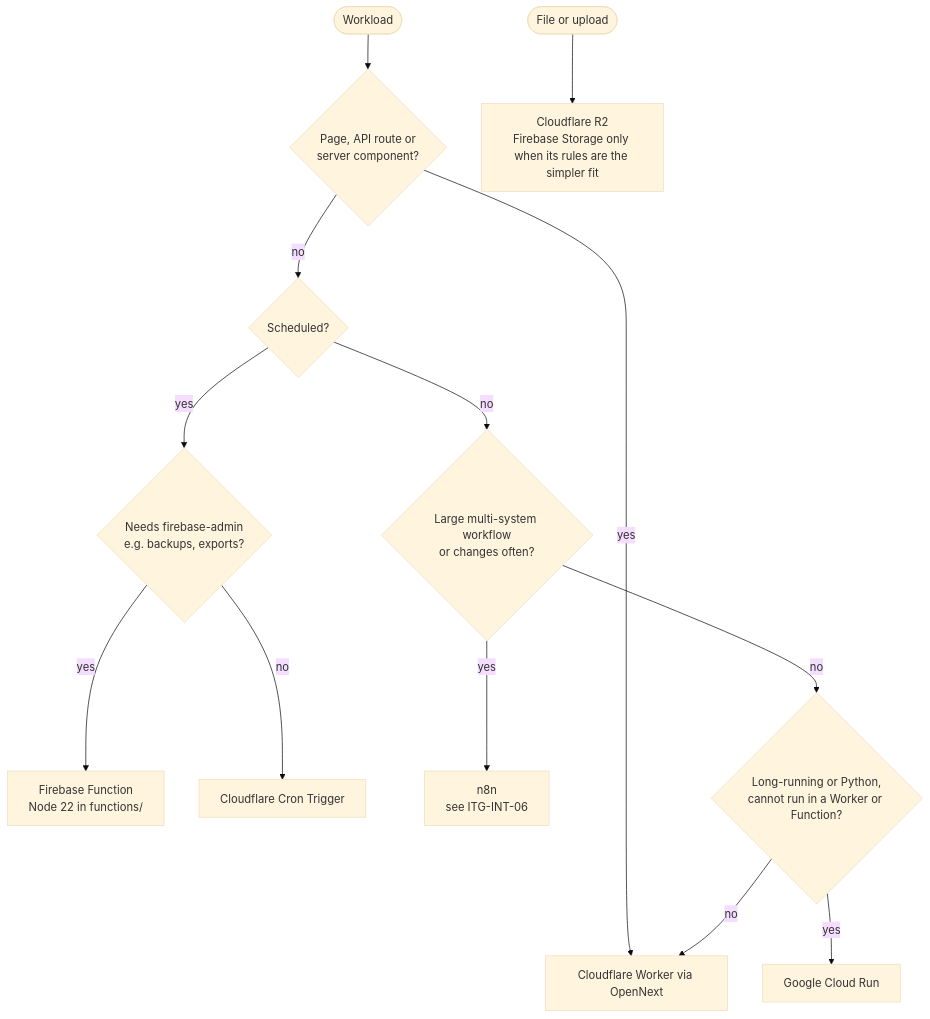
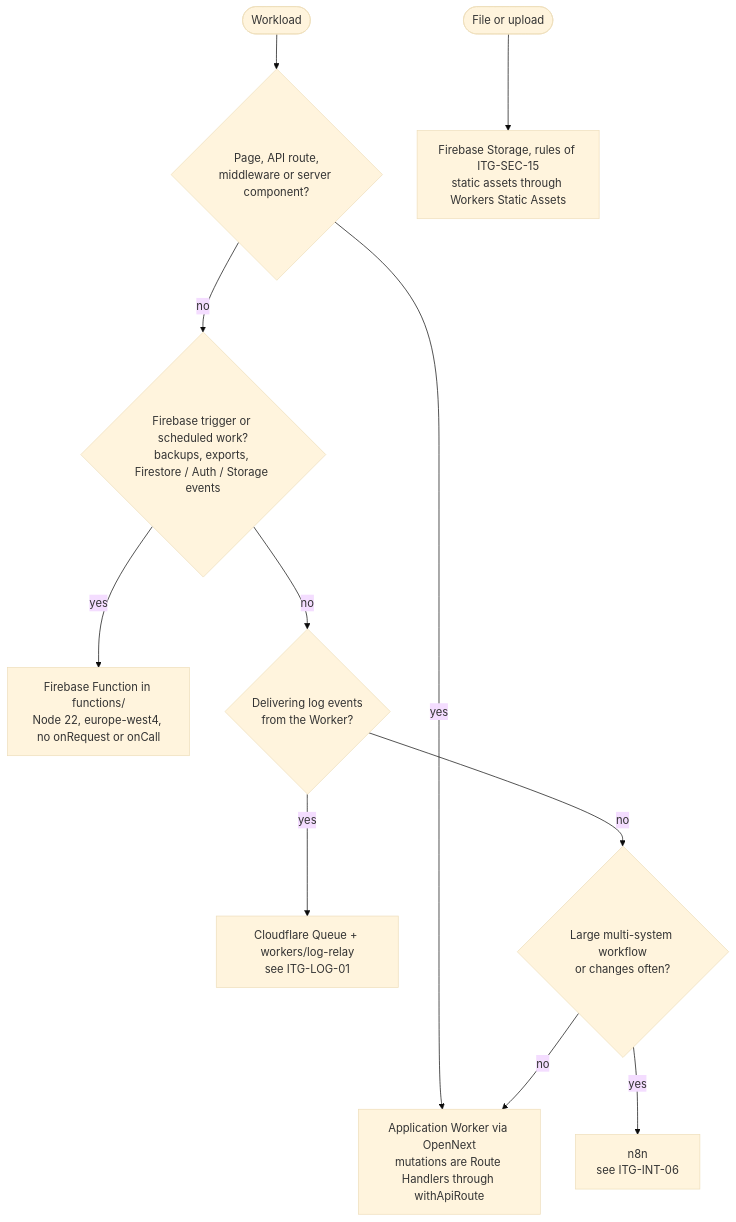
Before and after one commit to Improve-To-Grow/MUSUBI: the first of 2 diagrams in src/templates/shared/steering/rules/itg/platform.md, drawn with Mermaid (base theme). The commit also changed other lines of this file and 57 other files, not shown here.

````diff
--- a/src/templates/shared/steering/rules/itg/platform.md
+++ b/src/templates/shared/steering/rules/itg/platform.md
@@ -19,15 +19,13 @@
 ```mermaid
 flowchart TD
-    W([Workload]) --> P{Page, API route or<br/>server component?}
-    P -- yes --> WK[Cloudflare Worker via OpenNext]
-    P -- no --> S{Scheduled?}
-    S -- yes --> FA{Needs firebase-admin<br/>e.g. backups, exports?}
-    FA -- yes --> FN[Firebase Function<br/>Node 22 in functions/]
-    FA -- no --> CR[Cloudflare Cron Trigger]
-    S -- no --> L{Large multi-system workflow<br/>or changes often?}
+    W([Workload]) --> P{Page, API route,<br/>middleware or server component?}
+    P -- yes --> WK[Application Worker via OpenNext<br/>mutations are Route Handlers through withApiRoute]
+    P -- no --> T{Firebase trigger or scheduled work?<br/>backups, exports, Firestore / Auth / Storage events}
+    T -- yes --> FN[Firebase Function in functions/<br/>Node 22, europe-west4, no onRequest or onCall]
+    T -- no --> LOGQ{Delivering log events<br/>from the Worker?}
+    LOGQ -- yes --> RELAY[Cloudflare Queue + workers/log-relay<br/>see ITG-LOG-01]
+    LOGQ -- no --> L{Large multi-system workflow<br/>or changes often?}
     L -- yes --> N8N[n8n<br/>see ITG-INT-06]
-    L -- no --> LR{Long-running or Python,<br/>cannot run in a Worker or Function?}
-    LR -- yes --> RUN[Google Cloud Run]
-    LR -- no --> WK
-    F([File or upload]) --> R2[Cloudflare R2<br/>Firebase Storage only when its rules are the simpler fit]
+    L -- no --> WK
+    F([File or upload]) --> ST[Firebase Storage, rules of ITG-SEC-15<br/>static assets through Workers Static Assets]
 ```
````
